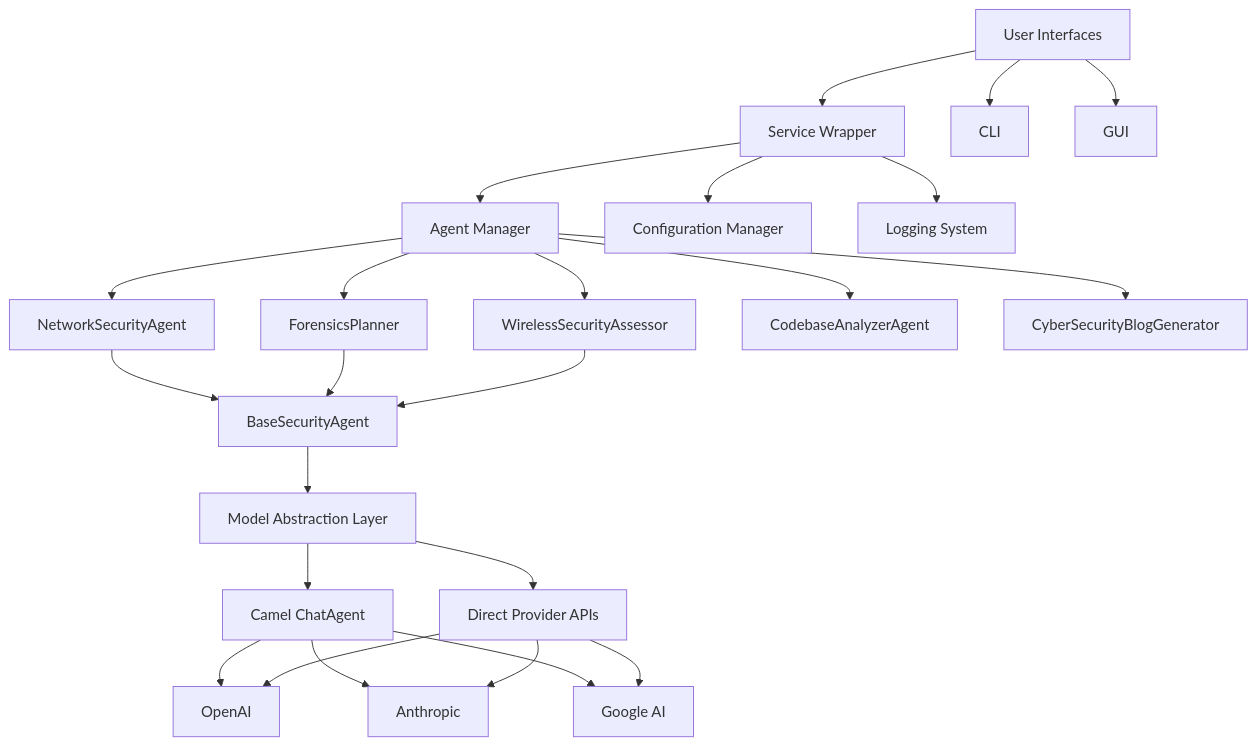
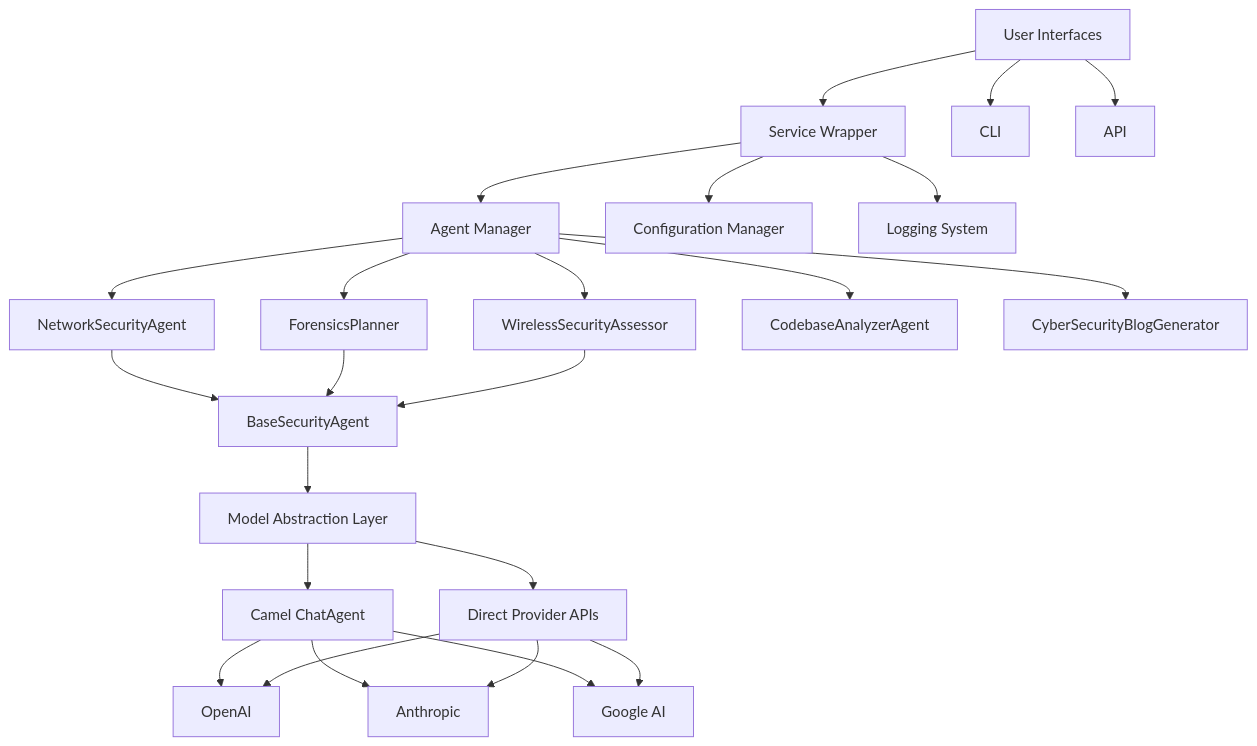
The second of 2 diagrams in docs/comprehensive_guide.md (RazonIn4K/Camel), drawn with Mermaid before and after one commit. The commit also changed other lines of this file and 258 other files, not shown here.

````diff
--- a/docs/comprehensive_guide.md
+++ b/docs/comprehensive_guide.md
@@ -696,33 +737,33 @@
 ```mermaid
 graph TD
     A[User Interfaces] --> B[Service Wrapper]
     A --> C[CLI]
-    A --> D[GUI]
-    
+    A --> D[API]
+
     B --> E[Agent Manager]
     B --> F[Configuration Manager]
     B --> G[Logging System]
-    
+
     E --> H[NetworkSecurityAgent]
     E --> I[ForensicsPlanner]
     E --> J[WirelessSecurityAssessor]
     E --> K[CodebaseAnalyzerAgent]
     E --> L[CyberSecurityBlogGenerator]
-    
+
     H --> M[BaseSecurityAgent]
     I --> M
     J --> M
-    
+
     M --> N[Model Abstraction Layer]
-    
+
     N --> O[Camel ChatAgent]
     N --> P[Direct Provider APIs]
-    
+
     O --> Q[OpenAI]
     O --> R[Anthropic]
     O --> S[Google AI]
-    
+
     P --> Q
     P --> R
     P --> S
 ```
````
